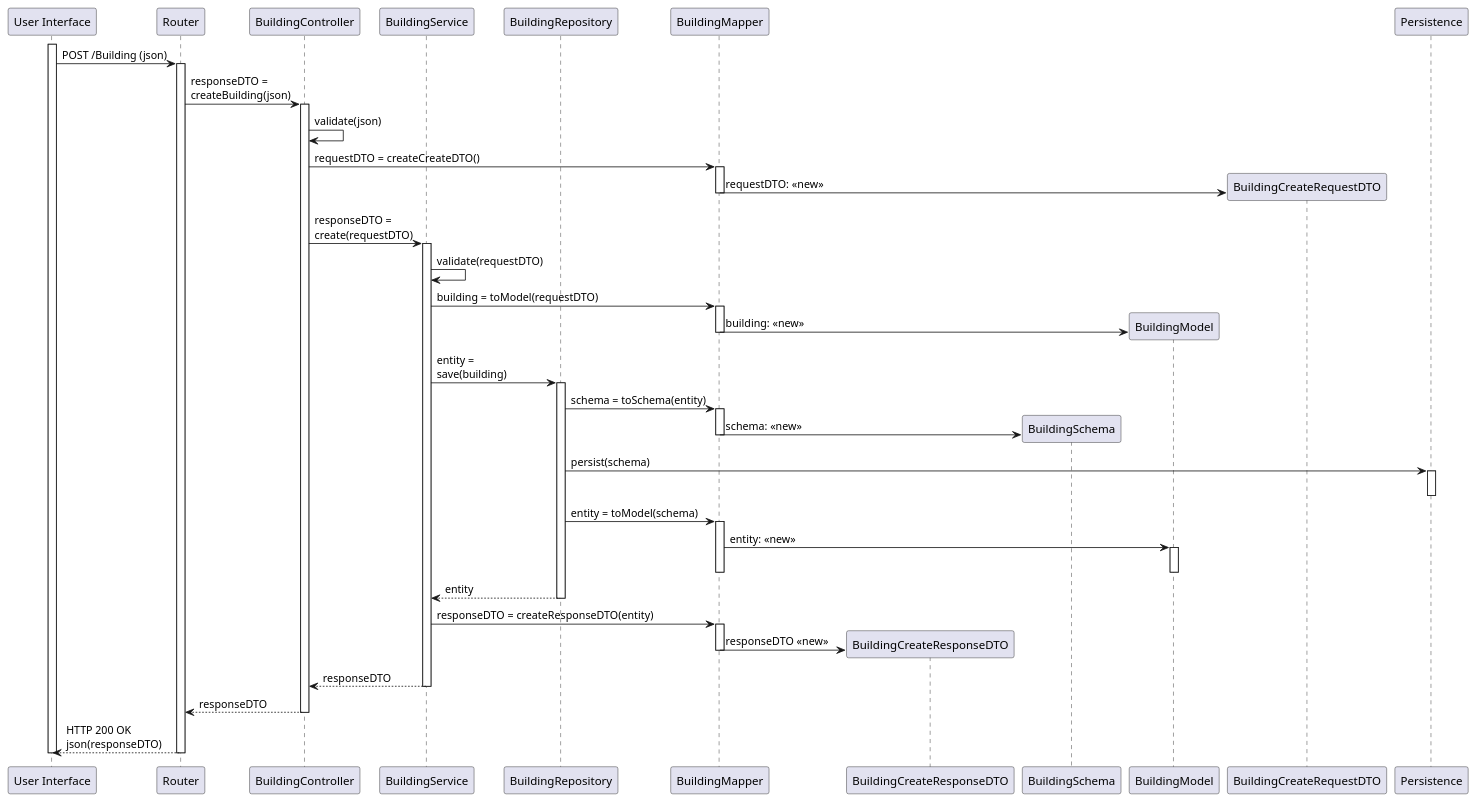
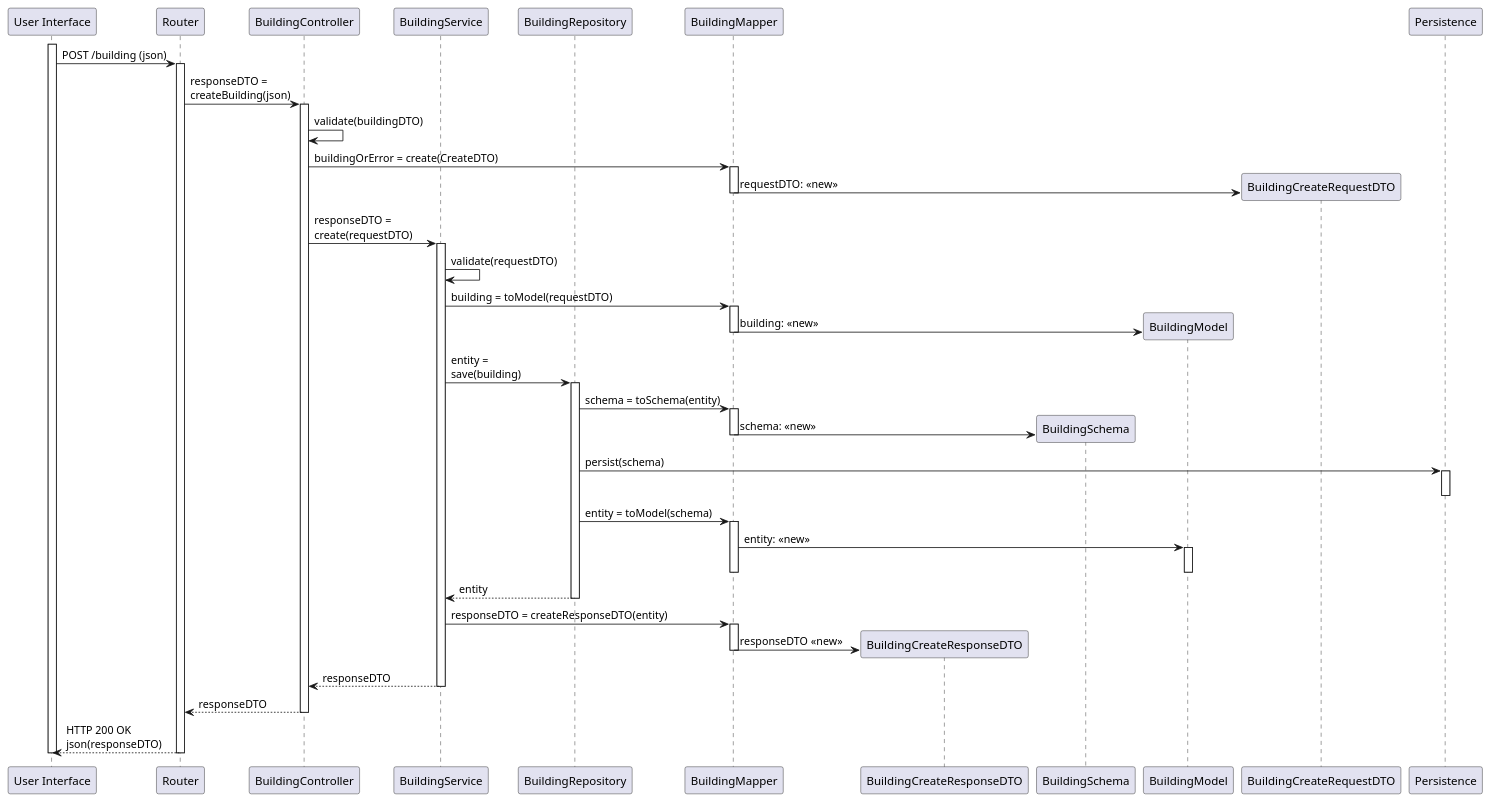
One commit to jumpman30/sem5_G00_3NB changed the diagram in docs/Sprint A/UserStories/UC150_criarEdificio/VP-US150-CreateBuilding.puml. Above: the diagram before and after it, drawn with PlantUML. The commit also changed 30 other files, not shown here.

```diff
--- a/docs/Sprint A/UserStories/UC150_criarEdificio/VP-US150-CreateBuilding.puml
+++ b/docs/Sprint A/UserStories/UC150_criarEdificio/VP-US150-CreateBuilding.puml
@@ -2,70 +2,70 @@
 @startuml
 participant "User Interface" as UI
 participant "Router" as Router
 participant "BuildingController" as Controller
 participant "BuildingService" as Service
 
 participant "BuildingRepository" as Repository
 participant "BuildingMapper" as Mapper
 participant "BuildingCreateResponseDTO" as CreateResponseDTO
 participant "BuildingSchema" as Schema
 participant "BuildingModel" as Model
 participant "BuildingCreateRequestDTO" as CreateRequestDTO
 participant "Persistence" as Persistence
 
 activate UI
-UI -> Router: POST /Building (json)
+UI -> Router: POST /building (json)
 activate Router
 Router -> Controller: responseDTO =\ncreateBuilding(json)
 activate Controller
-Controller -> Controller: validate(json)
-Controller -> Mapper: requestDTO = createCreateDTO()
+Controller -> Controller: validate(buildingDTO)
+Controller -> Mapper: buildingOrError = create(CreateDTO)
 activate Mapper
 create CreateRequestDTO
 Mapper -> CreateRequestDTO: requestDTO: <<new>>
 
 deactivate Mapper
 
 Controller -> Service: responseDTO =\ncreate(requestDTO)
 activate Service
 Service -> Service: validate(requestDTO)
 Service -> Mapper: building = toModel(requestDTO)
 activate Mapper
 create Model
 Mapper -> Model: building: <<new>>
 deactivate Mapper
 Service -> Repository: entity =\nsave(building)
 activate Repository
 Repository -> Mapper: schema = toSchema(entity)
 activate Mapper
 create Schema
 Mapper -> Schema: schema: <<new>>
 deactivate
 Repository -> Persistence: persist(schema)
 activate Persistence
 deactivate Persistence
 Repository -> Mapper: entity = toModel(schema)
 activate Mapper
 Mapper -> Model: entity: <<new>>
 activate Model
 deactivate Model
 deactivate Mapper
 
 Repository --> Service: entity
 deactivate Repository
 
 Service -> Mapper: responseDTO = createResponseDTO(entity)
 activate Mapper
 create CreateResponseDTO
 Mapper -> CreateResponseDTO: responseDTO <<new>>
 deactivate Mapper
 
 Service --> Controller: responseDTO
 deactivate Service
 
 Controller --> Router: responseDTO
 deactivate Controller
 Router --> UI: HTTP 200 OK\njson(responseDTO)
 deactivate Router
 deactivate UI
 @enduml
```
